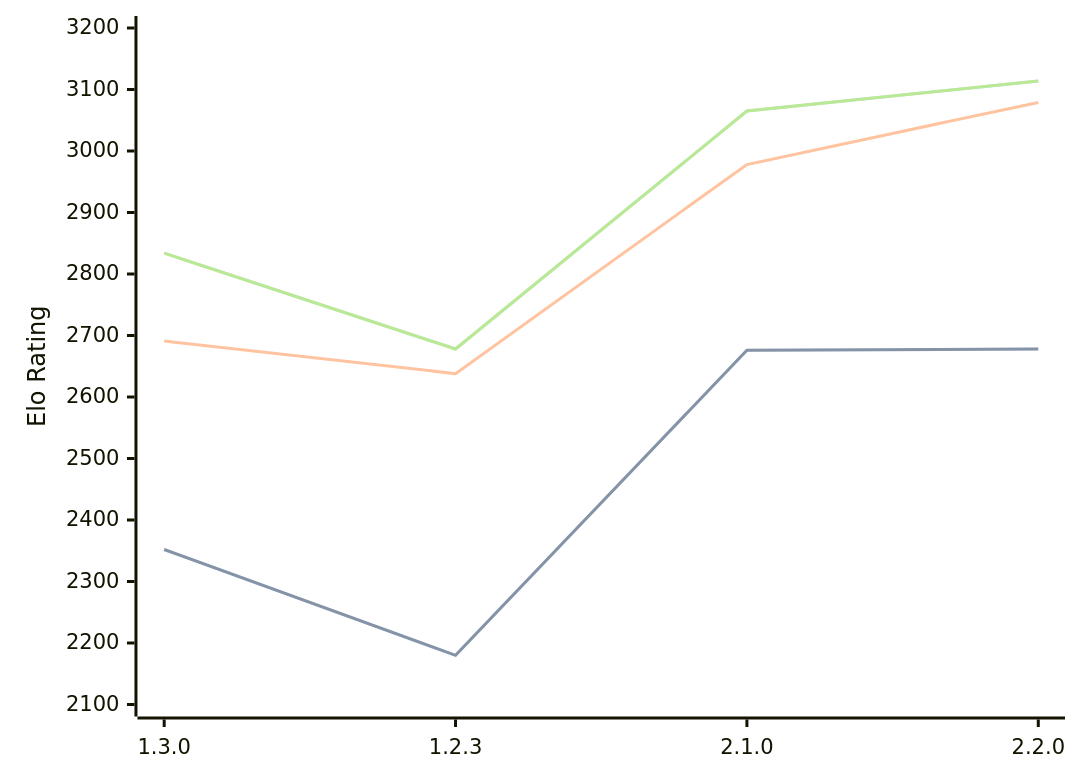
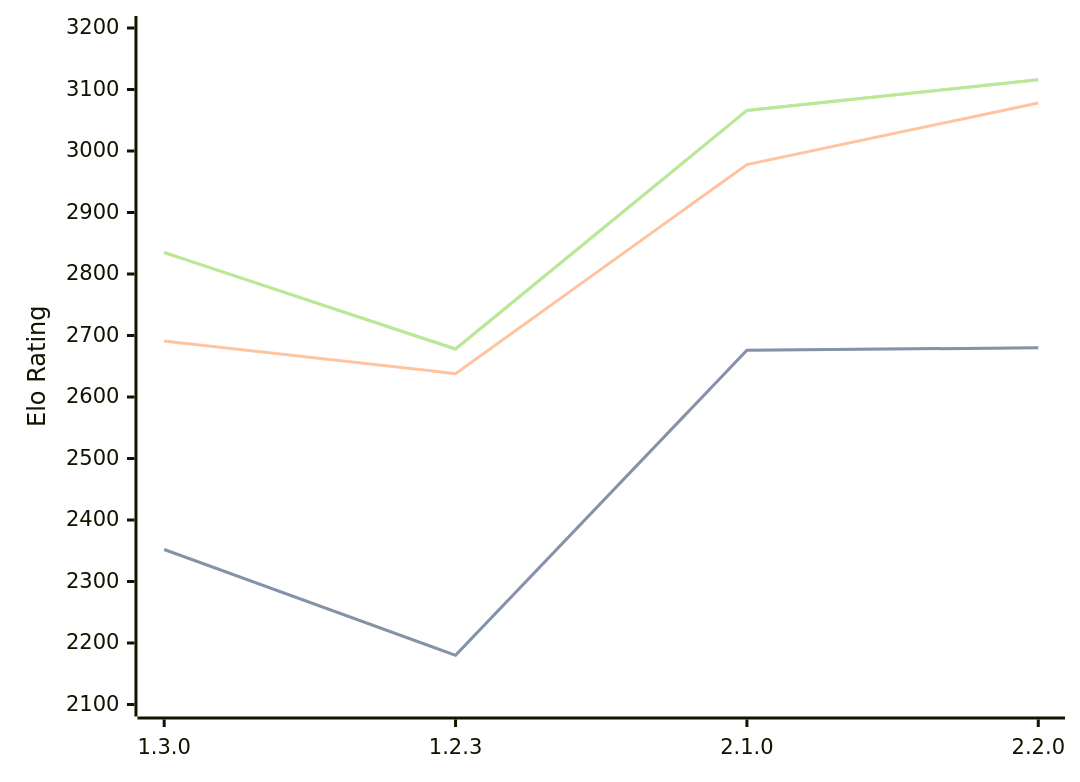
Before and after one commit to computer-chess-index/cci: the diagram in engines/Aspen.md, drawn with Mermaid. The commit also changed other lines of this file, not shown here.

Commit message:
Update CCI Ratings (ELO VLTC) - 2026-07-26

````diff
--- a/engines/Aspen.md
+++ b/engines/Aspen.md
@@ -43,11 +43,11 @@
 ```mermaid
 %%{init: {"theme":"base","themeVariables":{"seriesColors:['#a3a3a3','#222221','#faa371']}}}%%
 xychart-beta
   x-axis ["1.3.0", "1.2.3", "2.1.0", "2.2.0"]
   y-axis "Elo Rating" 2100 --> 3200
-  line "STC (8.0+0.08s)" [2352, 2180, 2676, 2678]
-  line "STC (8.0+0.08s)" [2352, 2180, 2676, 2678]
-  line "LTC (60.0+0.60s)" [2691, 2638, 2978, 3079]
-  line "VLTC (2m24s+1.12s)" [2834, 2678, 3065, 3114]
-  line "VLTC (2m24s+1.12s)" [2834, 2678, 3065, 3114]
+  line "STC (8.0+0.08s)" [2352, 2180, 2676, 2680]
+  line "STC (8.0+0.08s)" [2352, 2180, 2676, 2680]
+  line "LTC (60.0+0.60s)" [2691, 2638, 2978, 3078]
+  line "VLTC (2m24s+1.12s)" [2835, 2678, 3066, 3116]
+  line "VLTC (2m24s+1.12s)" [2835, 2678, 3066, 3116]
 ```
````
